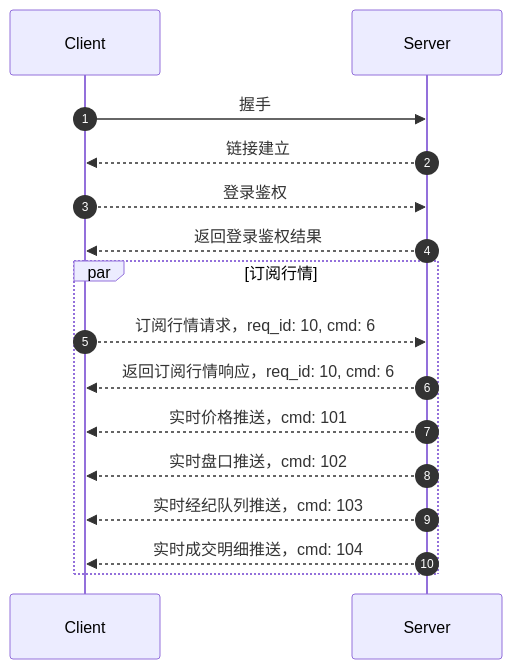
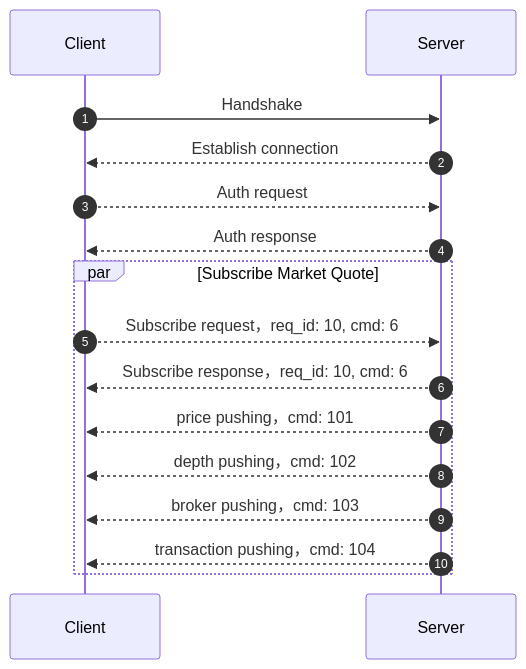
Before and after one commit to longportapp/openapi-website: the diagram in i18n/en/docusaurus-plugin-content-docs/current/socket/how_to_subscribe_quote.md, drawn with Mermaid. The commit also changed other lines of this file and 22 other files, not shown here.

````diff
--- a/i18n/en/docusaurus-plugin-content-docs/current/socket/how_to_subscribe_quote.md
+++ b/i18n/en/docusaurus-plugin-content-docs/current/socket/how_to_subscribe_quote.md
@@ -18,20 +18,20 @@
 ```mermaid
 sequenceDiagram
 autonumber
-Client ->> Server: 握手
-Server -->> Client: 链接建立
-Client -->> Server: 登录鉴权
-Server -->> Client: 返回登录鉴权结果
+Client ->> Server: Handshake
+Server -->> Client: Establish connection
+Client -->> Server: Auth request
+Server -->> Client: Auth response
 
-par 订阅行情
-Client -->> Server: 订阅行情请求，req_id: 10, cmd: 6
-Server -->> Client: 返回订阅行情响应，req_id: 10, cmd: 6
+par Subscribe Market Quote
+Client -->> Server: Subscribe request，req_id: 10, cmd: 6
+Server -->> Client: Subscribe response，req_id: 10, cmd: 6
 
-Server -->> Client: 实时价格推送，cmd: 101
-Server -->> Client: 实时盘口推送，cmd: 102
-Server -->> Client: 实时经纪队列推送，cmd: 103
-Server -->> Client: 实时成交明细推送，cmd: 104
+Server -->> Client: price pushing，cmd: 101
+Server -->> Client: depth pushing，cmd: 102
+Server -->> Client: broker pushing，cmd: 103
+Server -->> Client: transaction pushing，cmd: 104
 
 end
 
 ```
````
